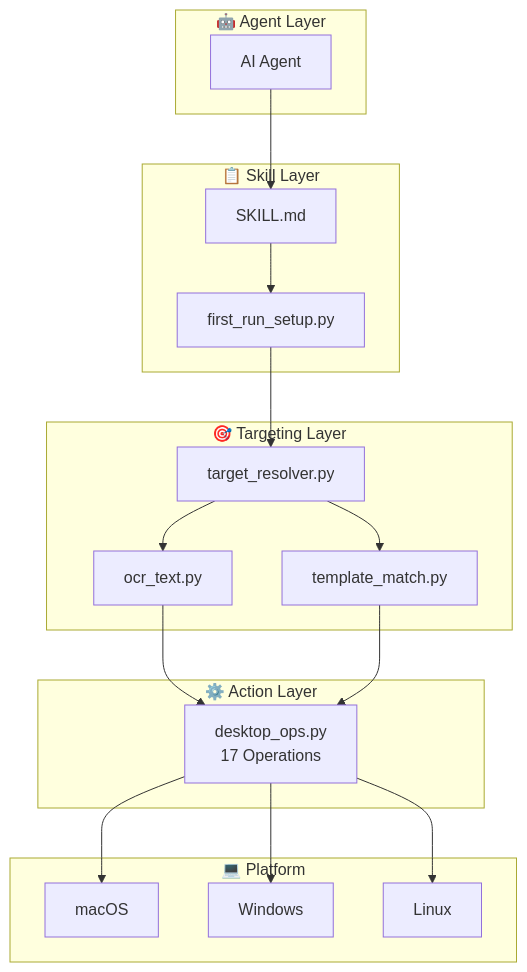
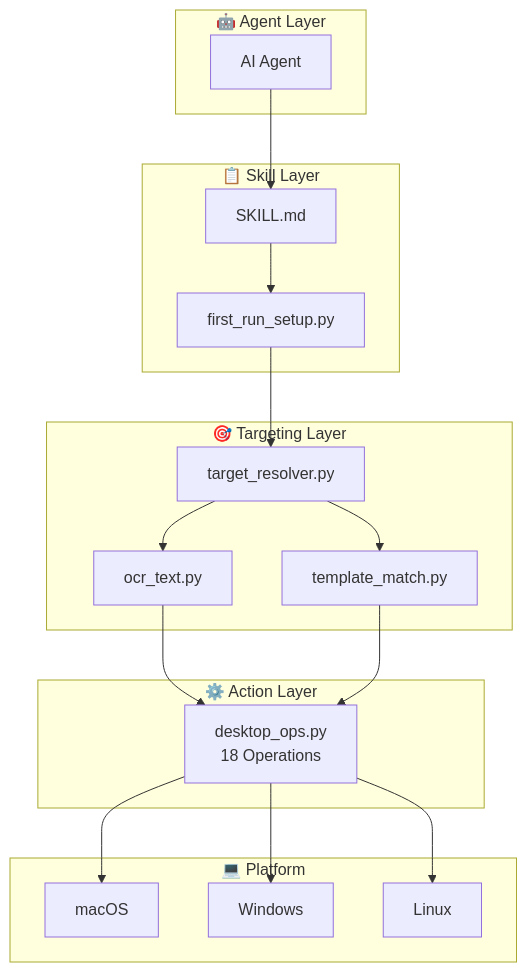
One commit to appergb/desktop-agent-ops changed the first of 2 diagrams in README.md. Above: the diagram before and after it, drawn with Mermaid. The commit also changed other lines of this file and 18 other files, not shown here.

````diff
--- a/README.md
+++ b/README.md
@@ -40,27 +40,27 @@
 ```mermaid
 graph TB
     subgraph "🤖 Agent Layer"
         A[AI Agent]
     end
     subgraph "📋 Skill Layer"
         B[SKILL.md] --> C[first_run_setup.py]
     end
     subgraph "🎯 Targeting Layer"
         D[target_resolver.py]
         E[ocr_text.py]
         F[template_match.py]
     end
     subgraph "⚙️ Action Layer"
-        H[desktop_ops.py<br/>17 Operations]
+        H[desktop_ops.py<br/>18 Operations]
     end
     subgraph "💻 Platform"
         I[macOS]
         J[Windows]
         K[Linux]
     end
     A --> B
     C --> D
     D --> E & F
     E & F --> H
     H --> I & J & K
 ```
````
